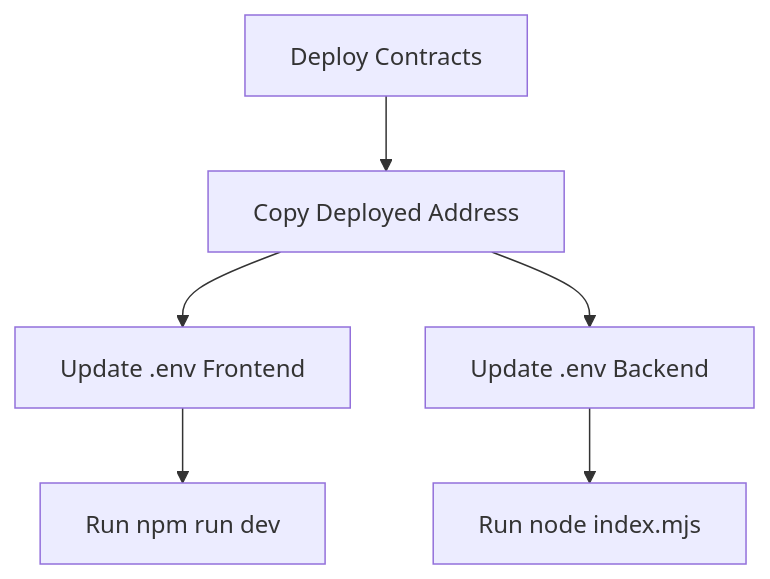
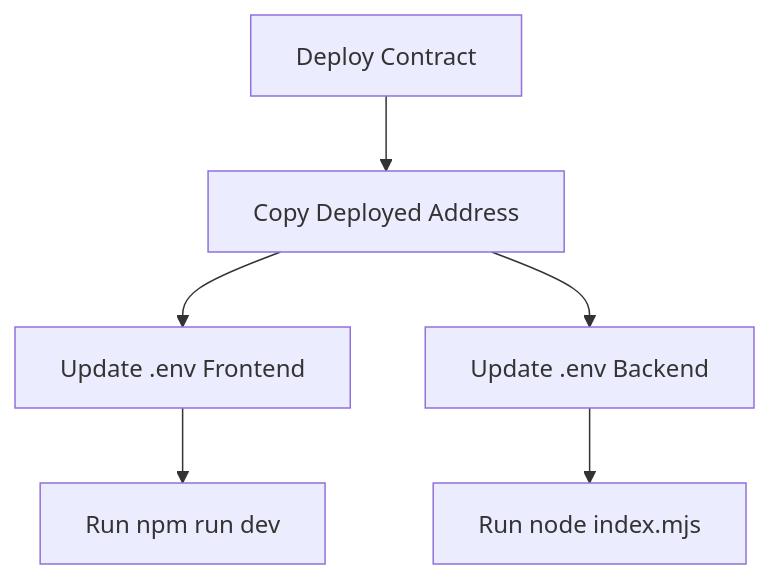
The second of 4 diagrams in README-flows.md (phamnhungoctuan/confidential-bomb), drawn with Mermaid before and after one commit. The commit also changed other lines of this file and 1 other file, not shown here.

````diff
--- a/README-flows.md
+++ b/README-flows.md
@@ -34,8 +36,8 @@
 ```mermaid
 graph TD;
-    A[Deploy Contracts] --> B[Copy Deployed Address]
+    A[Deploy Contract] --> B[Copy Deployed Address]
     B --> C[Update .env Frontend]
     B --> D[Update .env Backend]
     C --> E[Run npm run dev]
     D --> F[Run node index.mjs]
 ```
````
